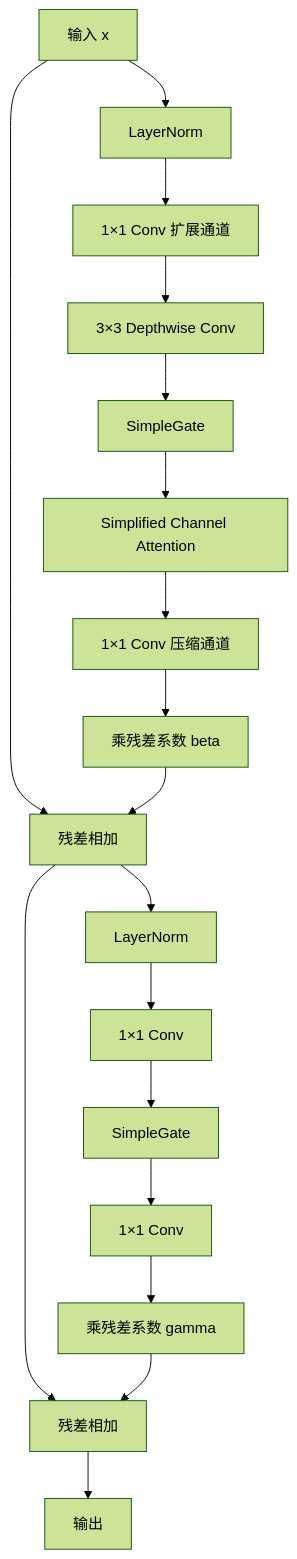
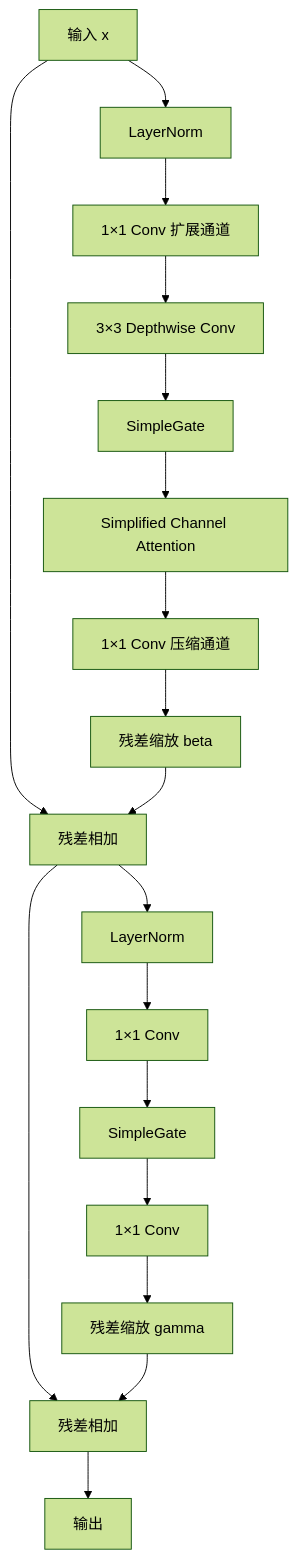
One commit to deathend110/BARU_Unet changed the second of 8 diagrams in NAFNet模型改进建议.md. Above: the diagram before and after it, drawn with Mermaid (forest theme). The commit also changed other lines of this file, not shown here.

````diff
--- a/NAFNet模型改进建议.md
+++ b/NAFNet模型改进建议.md
@@ -209,21 +220,21 @@
 ```mermaid
 flowchart TB
     I[输入 x] --> N1[LayerNorm]
     N1 --> C1[1×1 Conv 扩展通道]
     C1 --> DW[3×3 Depthwise Conv]
     DW --> SG1[SimpleGate]
     SG1 --> SCA[Simplified Channel Attention]
     SCA --> C3[1×1 Conv 压缩通道]
-    C3 --> BETA[乘残差系数 beta]
+    C3 --> BETA[残差缩放 beta]
     I --> ADD1[残差相加]
     BETA --> ADD1
 
     ADD1 --> N2[LayerNorm]
     N2 --> F1[1×1 Conv]
     F1 --> SG2[SimpleGate]
     SG2 --> F2[1×1 Conv]
-    F2 --> GAMMA[乘残差系数 gamma]
+    F2 --> GAMMA[残差缩放 gamma]
     ADD1 --> ADD2[残差相加]
     GAMMA --> ADD2
     ADD2 --> O[输出]
 ```
````
